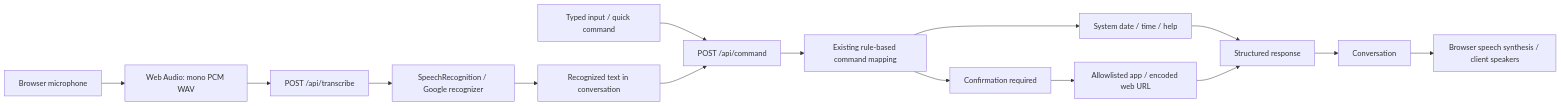
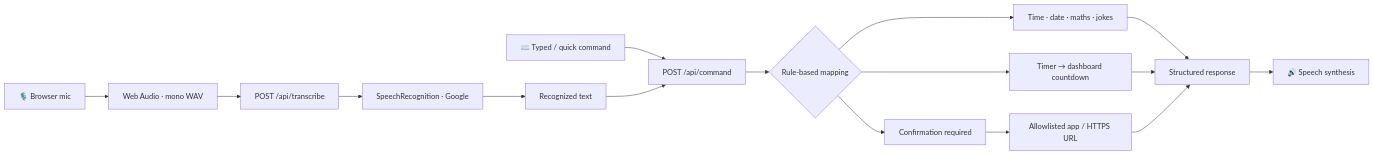
One commit to yasmeenmh90-beep/Syntecxhub_Personal_Voice_Assistant changed the diagram in README.md. Above: the diagram before and after it, drawn with Mermaid. The commit also changed other lines of this file and 16 other files, not shown here.

````diff
--- a/README.md
+++ b/README.md
@@ -30,17 +185,18 @@
 ```mermaid
 flowchart LR
-  M[Browser microphone] --> W[Web Audio: mono PCM WAV]
-  W --> S[POST /api/transcribe]
-  S --> G[SpeechRecognition / Google recognizer]
-  G --> T[Recognized text in conversation]
-  I[Typed input / quick command] --> C[POST /api/command]
+  M[🎙️ Browser mic] --> W[Web Audio · mono WAV]
+  W --> S["POST /api/transcribe"]
+  S --> G[SpeechRecognition · Google]
+  G --> T[Recognized text]
+  I[⌨️ Typed / quick command] --> C["POST /api/command"]
   T --> C
-  C --> R[Existing rule-based command mapping]
-  R --> D[System date / time / help]
+  C --> R{Rule-based mapping}
+  R --> D[Time · date · maths · jokes]
+  R --> TM[Timer → dashboard countdown]
   R --> U[Confirmation required]
-  U --> A[Allowlisted app / encoded web URL]
+  U --> A[Allowlisted app / HTTPS URL]
   D --> O[Structured response]
+  TM --> O
   A --> O
-  O --> H[Conversation]
-  H --> V[Browser speech synthesis / client speakers]
+  O --> V[🔊 Speech synthesis]
 ```
````
